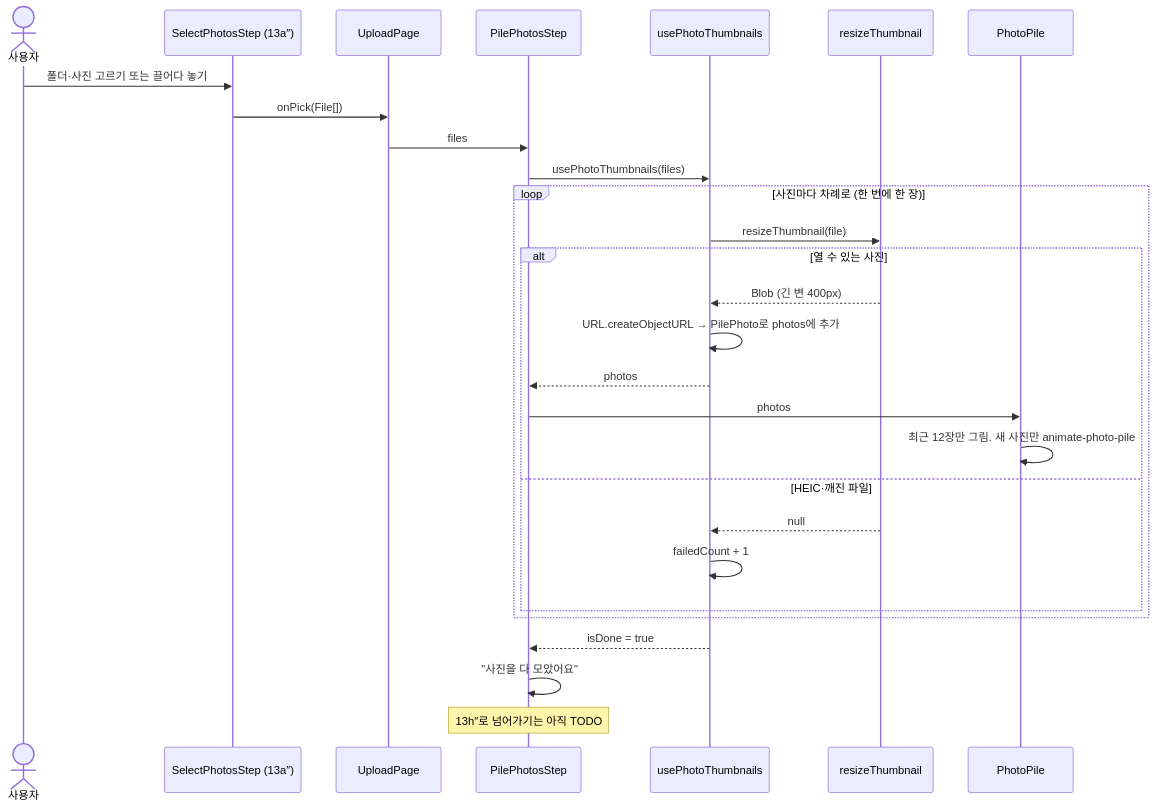
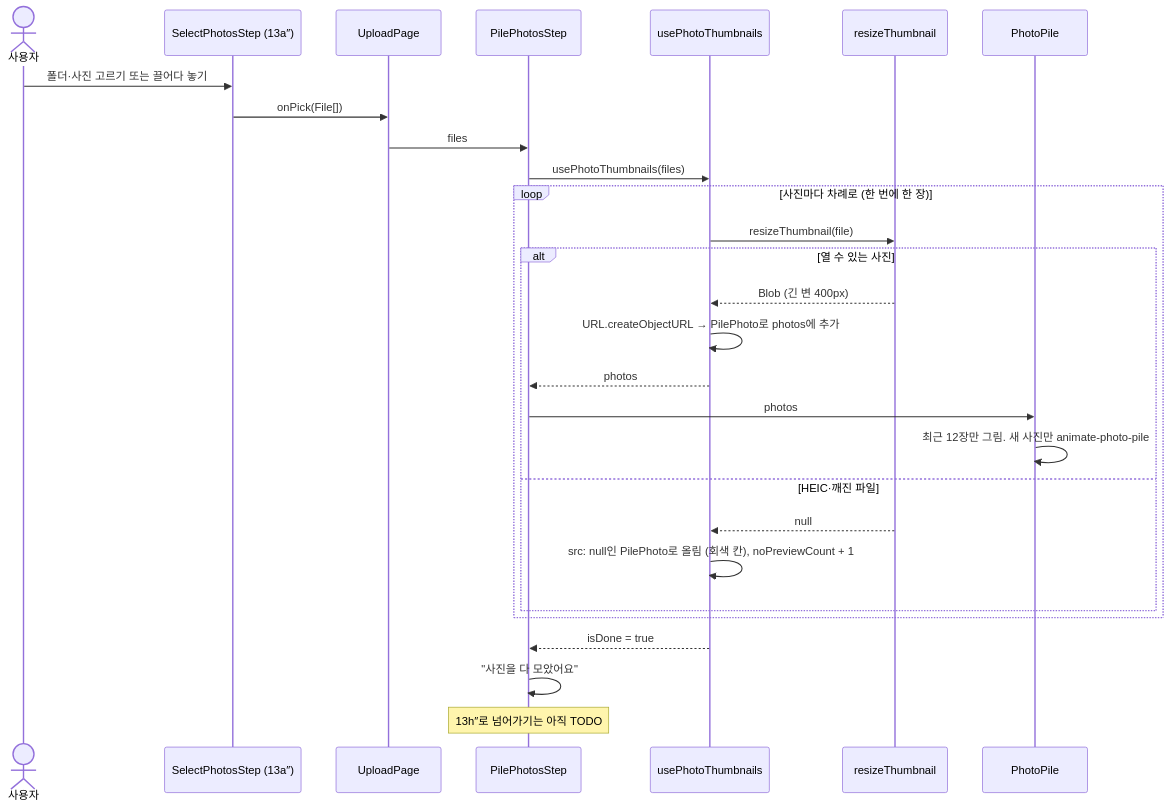
The diagram in docs/upload/PILE_FLOW.md (2026-WebFW-1/danyeo-on), drawn with Mermaid before and after one commit. The commit also changed other lines of this file and 6 other files, not shown here.

````diff
--- a/docs/upload/PILE_FLOW.md
+++ b/docs/upload/PILE_FLOW.md
@@ -23,32 +23,32 @@
 ```mermaid
 sequenceDiagram
     actor 사용자
     participant 고르기 as SelectPhotosStep (13a″)
     participant 페이지 as UploadPage
     participant 화면 as PilePhotosStep
     participant 썸네일 as usePhotoThumbnails
     participant 줄이기 as resizeThumbnail
     participant 더미 as PhotoPile
 
     사용자->>고르기: 폴더·사진 고르기 또는 끌어다 놓기
     고르기->>페이지: onPick(File[])
     페이지->>화면: files
 
     화면->>썸네일: usePhotoThumbnails(files)
     loop 사진마다 차례로 (한 번에 한 장)
         썸네일->>줄이기: resizeThumbnail(file)
         alt 열 수 있는 사진
             줄이기-->>썸네일: Blob (긴 변 400px)
             썸네일->>썸네일: URL.createObjectURL → PilePhoto로 photos에 추가
             썸네일-->>화면: photos
             화면->>더미: photos
             더미->>더미: 최근 12장만 그림. 새 사진만 animate-photo-pile
         else HEIC·깨진 파일
             줄이기-->>썸네일: null
-            썸네일->>썸네일: failedCount + 1
+            썸네일->>썸네일: src: null인 PilePhoto로 올림 (회색 칸), noPreviewCount + 1
         end
     end
     썸네일-->>화면: isDone = true
     화면->>화면: "사진을 다 모았어요"
     Note over 화면: 13h″로 넘어가기는 아직 TODO
 ```
````
